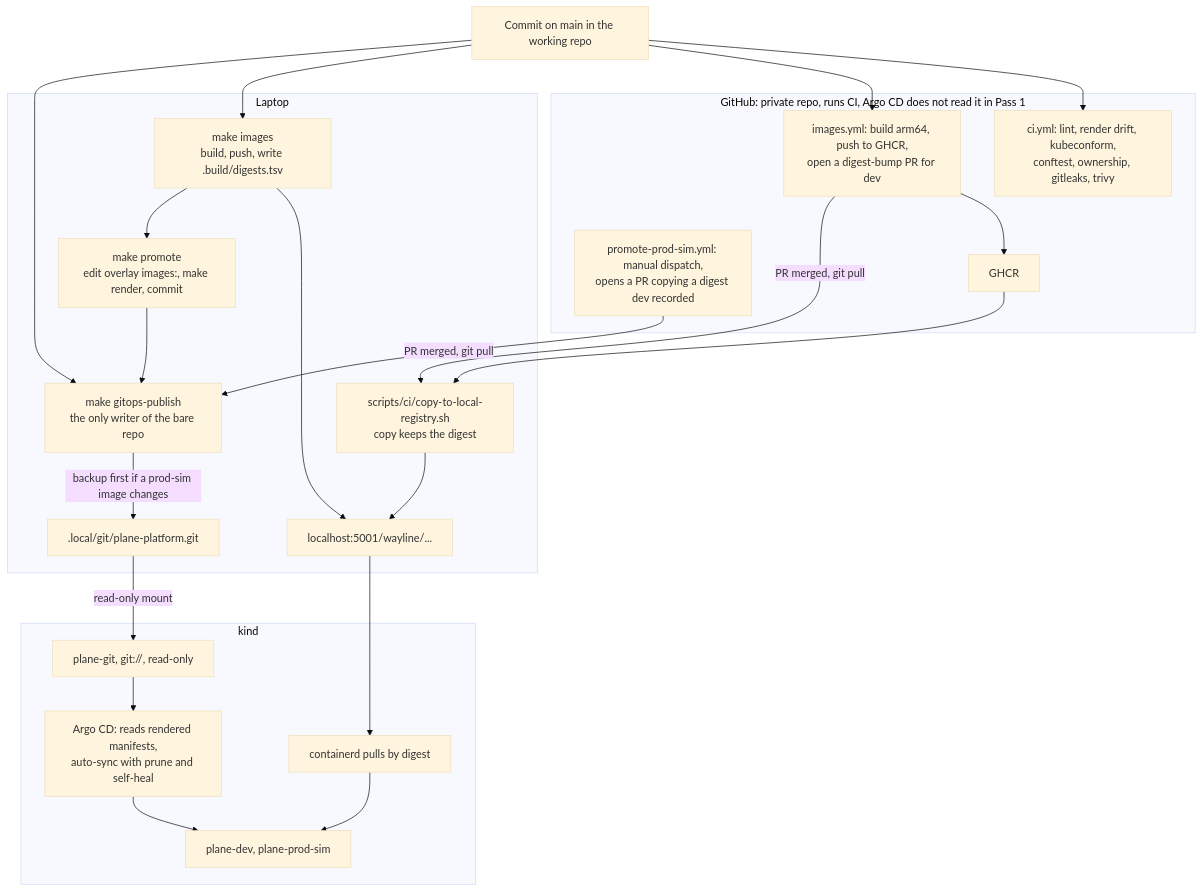
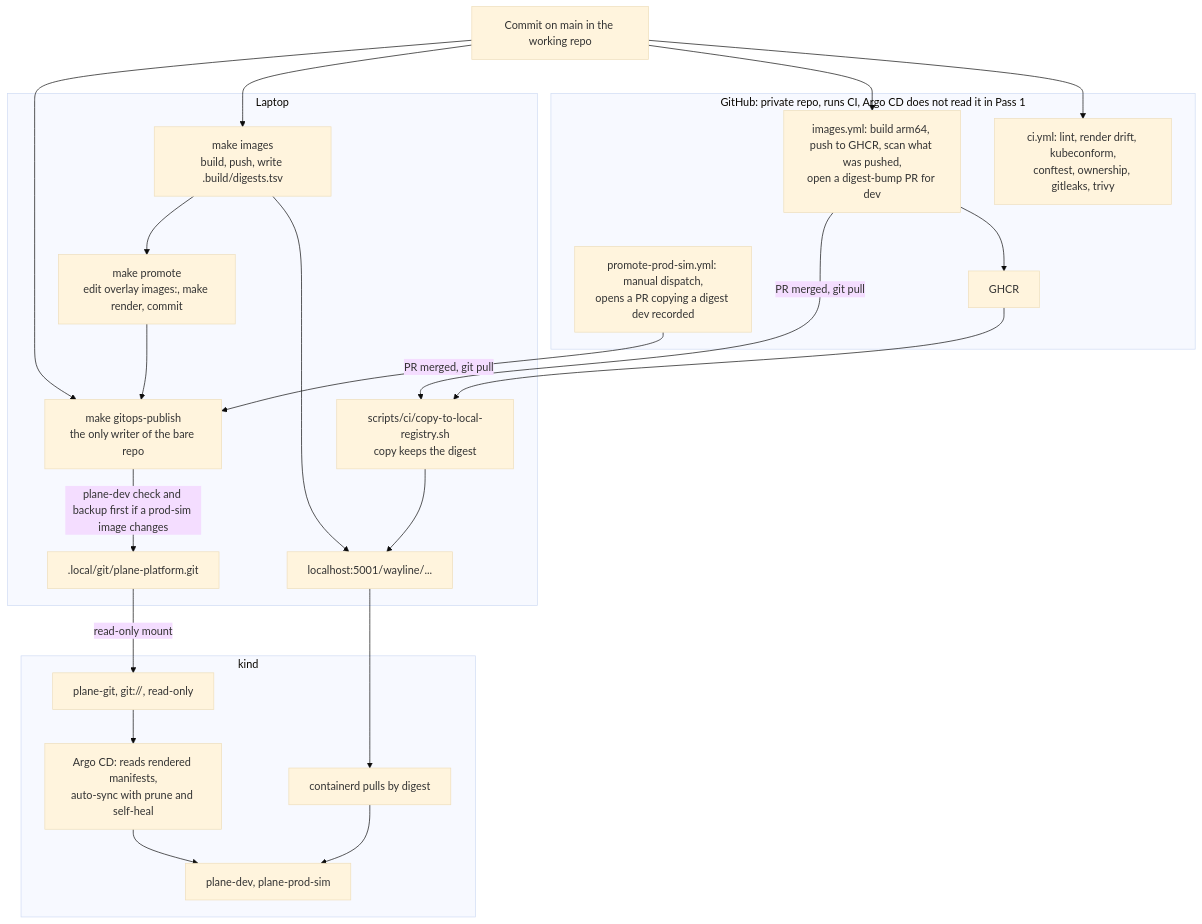
One commit to BereketAbera/plane-platform changed the fifth of 6 diagrams in docs/architecture.md. Above: the diagram before and after it, drawn with Mermaid (base theme). The commit also changed other lines of this file, not shown here.

Commit message:
docs(architecture): replace what real runs answered, drop the second NodePort range and the stale contract notes, and state plainly what has not run

````diff
--- a/docs/architecture.md
+++ b/docs/architecture.md
@@ -286,46 +288,46 @@
 ```mermaid
 flowchart TB
   dev["Commit on main in the working repo"]
 
   subgraph github["GitHub: private repo, runs CI, Argo CD does not read it in Pass 1"]
     ci["ci.yml: lint, render drift, kubeconform,<br/>conftest, ownership, gitleaks, trivy"]
-    images["images.yml: build arm64, push to GHCR,<br/>open a digest-bump PR for dev"]
+    images["images.yml: build arm64, push to GHCR, scan what was pushed,<br/>open a digest-bump PR for dev"]
     promo["promote-prod-sim.yml: manual dispatch,<br/>opens a PR copying a digest dev recorded"]
     ghcr["GHCR"]
   end
 
   subgraph laptop["Laptop"]
     mkimages["make images<br/>build, push, write .build/digests.tsv"]
     copy["scripts/ci/copy-to-local-registry.sh<br/>copy keeps the digest"]
     registry["localhost:5001/wayline/..."]
     promote["make promote<br/>edit overlay images:, make render, commit"]
     publish["make gitops-publish<br/>the only writer of the bare repo"]
     bare[".local/git/plane-platform.git"]
   end
 
   subgraph cluster["kind"]
     git["plane-git, git://, read-only"]
     argo["Argo CD: reads rendered manifests,<br/>auto-sync with prune and self-heal"]
     envs["plane-dev, plane-prod-sim"]
     mirror["containerd pulls by digest"]
   end
 
   dev --> ci
   dev --> images
   images --> ghcr
   images -->|"PR merged, git pull"| copy
   ghcr --> copy
   copy --> registry
   dev --> mkimages
   mkimages --> registry
   mkimages --> promote
   promo -->|"PR merged, git pull"| publish
   promote --> publish
   dev --> publish
-  publish -->|"backup first if a prod-sim image changes"| bare
+  publish -->|"plane-dev check and backup first if a prod-sim image changes"| bare
   bare -->|"read-only mount"| git
   git --> argo
   argo --> envs
   registry --> mirror
   mirror --> envs
 ```
````
